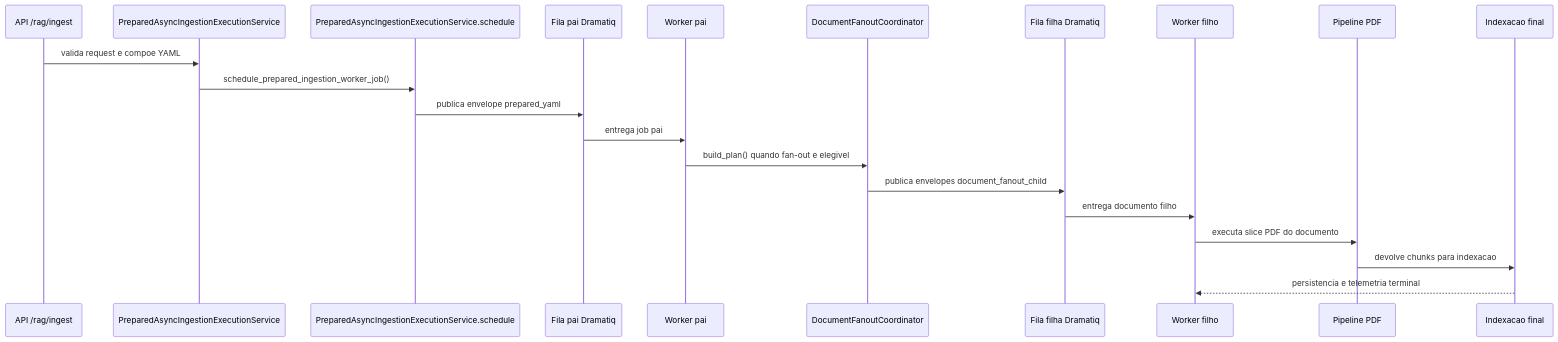
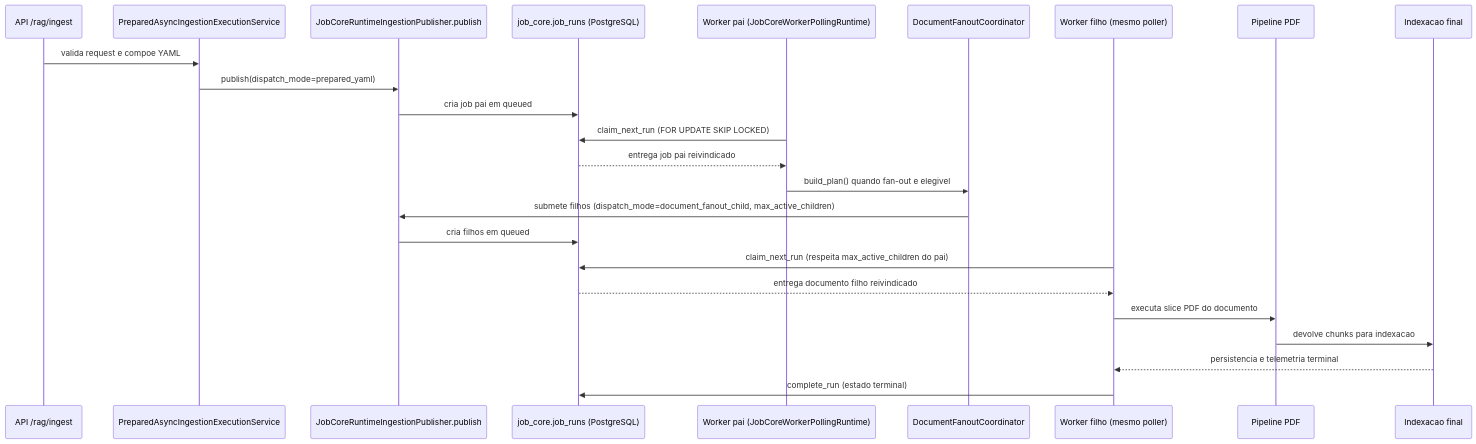
The diagram in assets/diagrams/docs-readme-tecnico-ingestao-pdf-pipeline-completo-diagrama-01.mmd (mrctito/plataforma_agentes_negocio_docs), drawn with Mermaid before and after one commit. The commit also changed 53 other files, not shown here.

```diff
--- a/assets/diagrams/docs-readme-tecnico-ingestao-pdf-pipeline-completo-diagrama-01.mmd
+++ b/assets/diagrams/docs-readme-tecnico-ingestao-pdf-pipeline-completo-diagrama-01.mmd
@@ -1,22 +1,25 @@
 sequenceDiagram
   participant HTTP as API /rag/ingest
   participant PREP as PreparedAsyncIngestionExecutionService
-  participant ENQ as PreparedAsyncIngestionExecutionService.schedule
-  participant MQP as Fila pai Dramatiq
-  participant WP as Worker pai
+  participant PUB as JobCoreRuntimeIngestionPublisher.publish
+  participant LEDGER as job_core.job_runs (PostgreSQL)
+  participant WP as Worker pai (JobCoreWorkerPollingRuntime)
   participant FAN as DocumentFanoutCoordinator
-  participant MQC as Fila filha Dramatiq
-  participant WC as Worker filho
+  participant WC as Worker filho (mesmo poller)
   participant PDF as Pipeline PDF
   participant IDX as Indexacao final
 
   HTTP->>PREP: valida request e compoe YAML
-  PREP->>ENQ: schedule_prepared_ingestion_worker_job()
-  ENQ->>MQP: publica envelope prepared_yaml
-  MQP->>WP: entrega job pai
+  PREP->>PUB: publish(dispatch_mode=prepared_yaml)
+  PUB->>LEDGER: cria job pai em queued
+  WP->>LEDGER: claim_next_run (FOR UPDATE SKIP LOCKED)
+  LEDGER-->>WP: entrega job pai reivindicado
   WP->>FAN: build_plan() quando fan-out e elegivel
-  FAN->>MQC: publica envelopes document_fanout_child
-  MQC->>WC: entrega documento filho
+  FAN->>PUB: submete filhos (dispatch_mode=document_fanout_child, max_active_children)
+  PUB->>LEDGER: cria filhos em queued
+  WC->>LEDGER: claim_next_run (respeita max_active_children do pai)
+  LEDGER-->>WC: entrega documento filho reivindicado
   WC->>PDF: executa slice PDF do documento
   PDF->>IDX: devolve chunks para indexacao
   IDX-->>WC: persistencia e telemetria terminal
+  WC->>LEDGER: complete_run (estado terminal)
```
